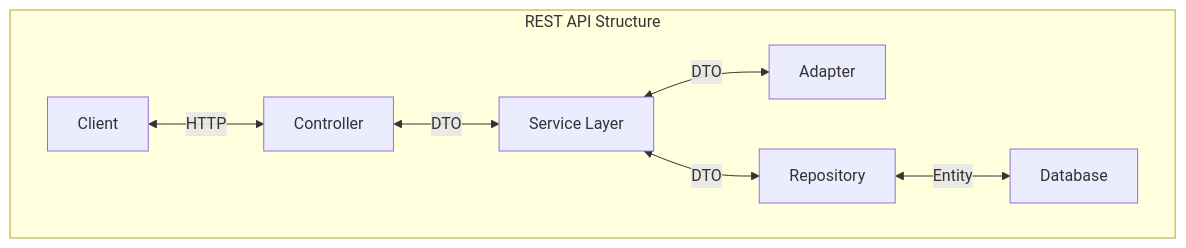
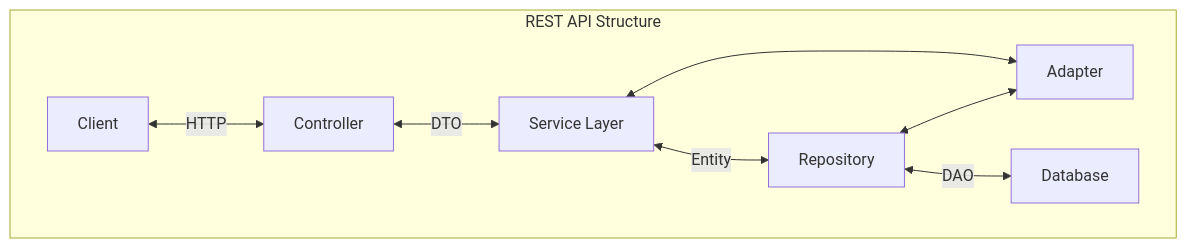
Before and after one commit to r3aper89/gdp-car-rego-backend: the diagram in docs/rest-api-structure.md, drawn with Mermaid. The commit also changed other lines of this file and 7 other files, not shown here.

````diff
--- a/docs/rest-api-structure.md
+++ b/docs/rest-api-structure.md
@@ -3,10 +3,11 @@
 ```mermaid
 graph
     subgraph REST API Structure
         A[Client] <-->|HTTP| B[Controller]
         B <--> |DTO| C[Service Layer]
-        C <--> |DTO| D[Adapter]
-        C <--> |DTO| E[Repository]
-        E <--> |Entity| F[Database]
+        C <--> D[Adapter]
+        C <--> |Entity| E[Repository]
+        E <--> D[Adapter]
+        E <--> |DAO| F[Database]
     end
 ```
````
